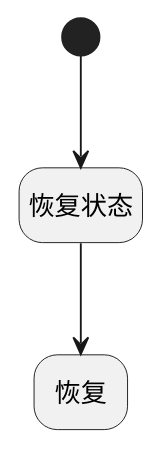
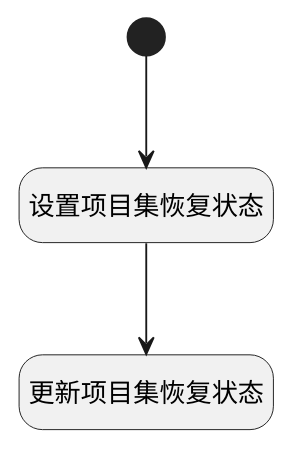
Before and after one commit to iBizLab/plm: the diagram in doc/docsify/module/Base/portfolio/logic/recover_project_set.md, drawn with PlantUML. The commit also changed other lines of this file and 1068 other files, not shown here.

````diff
--- a/doc/docsify/module/Base/portfolio/logic/recover_project_set.md
+++ b/doc/docsify/module/Base/portfolio/logic/recover_project_set.md
@@ -7,21 +7,21 @@
 ```plantuml
 @startuml
 hide empty description
 <style>
 root {
   HyperlinkColor #42b983
 }
 </style>
 
 hide empty description
 state "开始" as Begin <<start>> [[$./recover_project_set#begin {"开始"}]]
-state "恢复状态" as PREPAREPARAM1  [[$./recover_project_set#prepareparam1 {"恢复状态"}]]
-state "恢复" as DEACTION1  [[$./recover_project_set#deaction1 {"恢复"}]]
+state "设置项目集恢复状态" as PREPAREPARAM1  [[$./recover_project_set#prepareparam1 {"设置项目集恢复状态"}]]
+state "更新项目集恢复状态" as DEACTION1  [[$./recover_project_set#deaction1 {"更新项目集恢复状态"}]]
 
 
 Begin --> PREPAREPARAM1
 PREPAREPARAM1 --> DEACTION1
 
 
 @enduml
 ```
````
